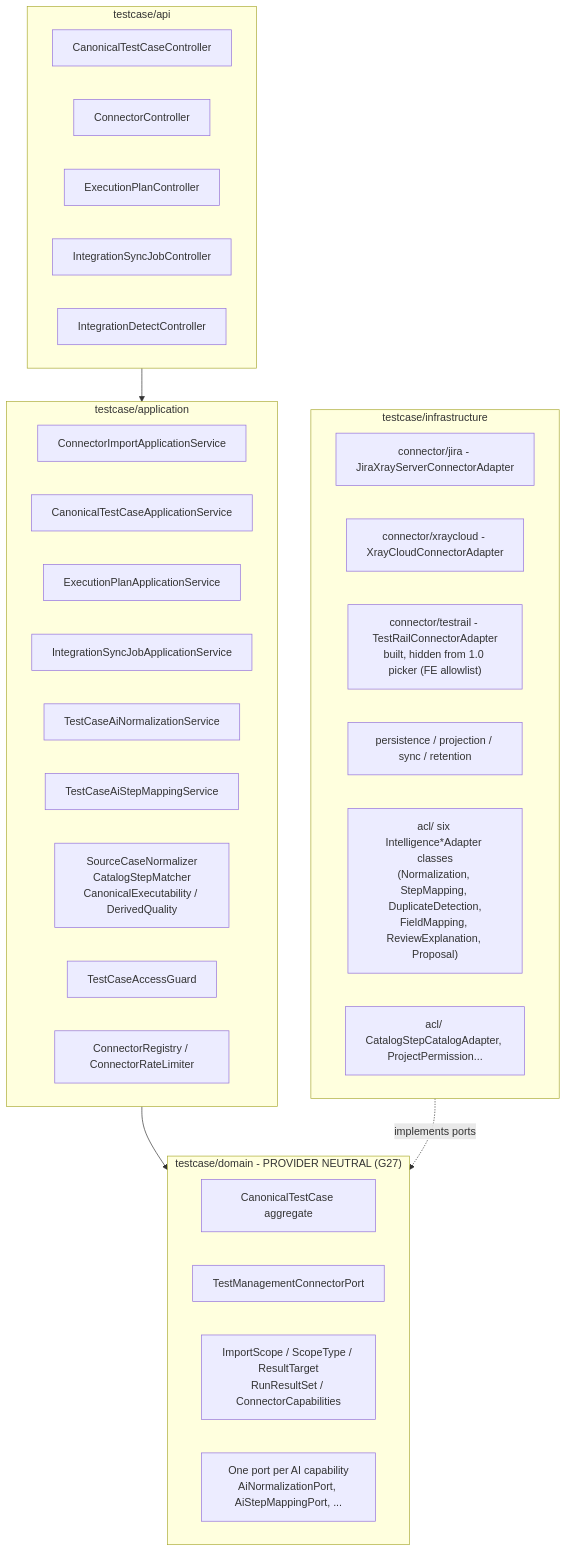
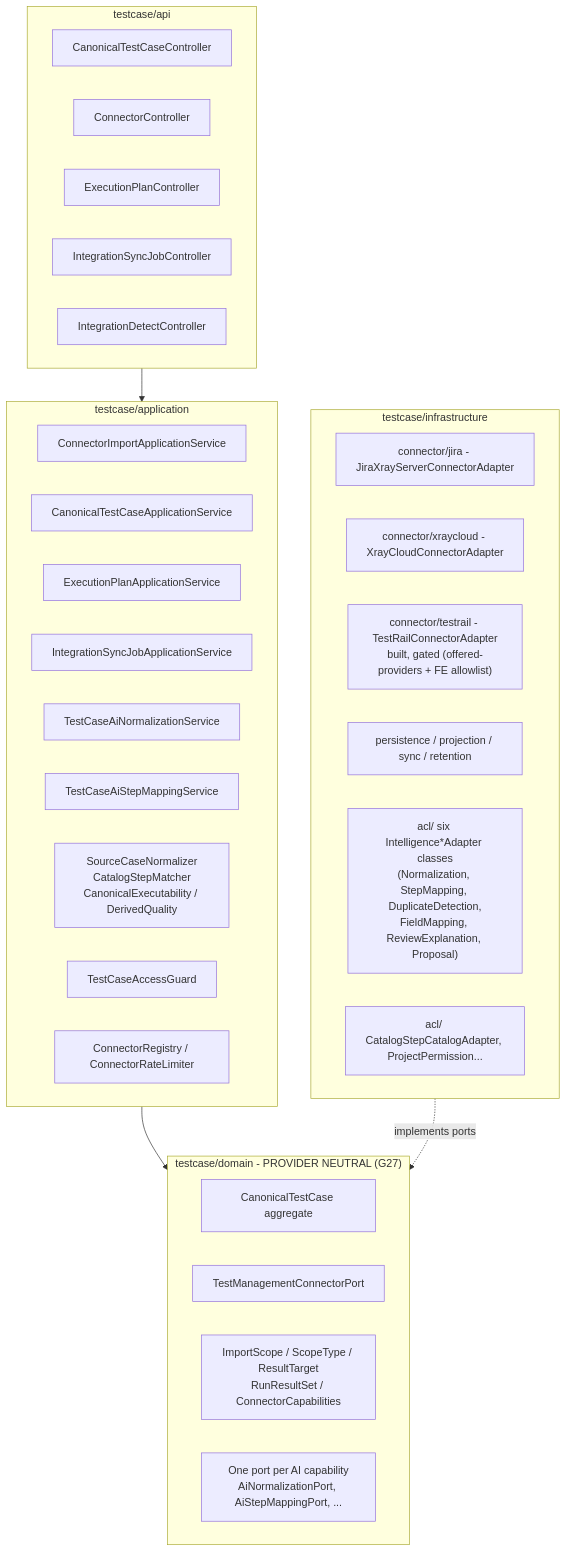
One commit to avenero/ASpectra changed the diagram in docs/diagrams/architectureBE/02-overlay-bounded-context.md. Above: the diagram before and after it, drawn with Mermaid. The commit also changed other lines of this file and 22 other files, not shown here.

First line of the commit message:
docs: refresh architecture diagrams and map them to the decided scope

````diff
--- a/docs/diagrams/architectureBE/02-overlay-bounded-context.md
+++ b/docs/diagrams/architectureBE/02-overlay-bounded-context.md
@@ -3,37 +5,37 @@
 ```mermaid
 flowchart TB
     subgraph api["testcase/api"]
         C1["CanonicalTestCaseController"]
         C2["ConnectorController"]
         C3["ExecutionPlanController"]
         C4["IntegrationSyncJobController"]
         C5["IntegrationDetectController"]
     end
     subgraph app["testcase/application"]
         A1["ConnectorImportApplicationService"]
         A2["CanonicalTestCaseApplicationService"]
         A3["ExecutionPlanApplicationService"]
         A4["IntegrationSyncJobApplicationService"]
         A5["TestCaseAiNormalizationService"]
         A5b["TestCaseAiStepMappingService"]
         A6["SourceCaseNormalizer<br/>CatalogStepMatcher<br/>CanonicalExecutability / DerivedQuality"]
         A7["TestCaseAccessGuard"]
         A8["ConnectorRegistry / ConnectorRateLimiter"]
     end
     subgraph dom["testcase/domain - PROVIDER NEUTRAL (G27)"]
         D1["CanonicalTestCase aggregate"]
         D2["TestManagementConnectorPort"]
         D3["ImportScope / ScopeType / ResultTarget<br/>RunResultSet / ConnectorCapabilities"]
         D4["One port per AI capability<br/>AiNormalizationPort, AiStepMappingPort, ..."]
     end
     subgraph infra["testcase/infrastructure"]
         I1["connector/jira - JiraXrayServerConnectorAdapter"]
         I2["connector/xraycloud - XrayCloudConnectorAdapter"]
-        I3["connector/testrail - TestRailConnectorAdapter<br/>built, hidden from 1.0 picker (FE allowlist)"]
+        I3["connector/testrail - TestRailConnectorAdapter<br/>built, gated (offered-providers + FE allowlist)"]
         I4["persistence / projection / sync / retention"]
         I5["acl/ six Intelligence*Adapter classes<br/>(Normalization, StepMapping, DuplicateDetection,<br/>FieldMapping, ReviewExplanation, Proposal)"]
         I6["acl/ CatalogStepCatalogAdapter, ProjectPermission..."]
     end
     api --> app --> dom
     infra -.->|"implements ports"| dom
 ```
````
